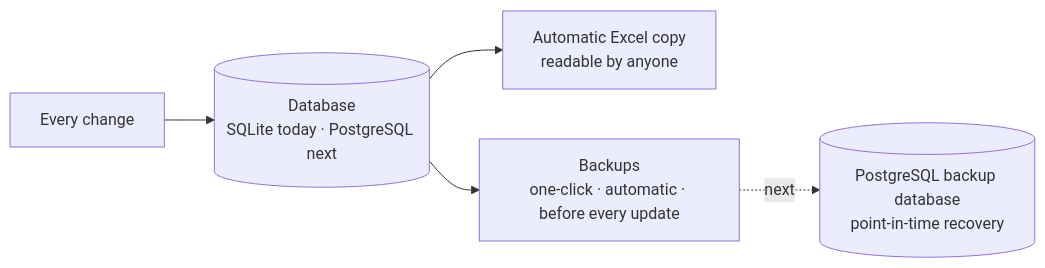
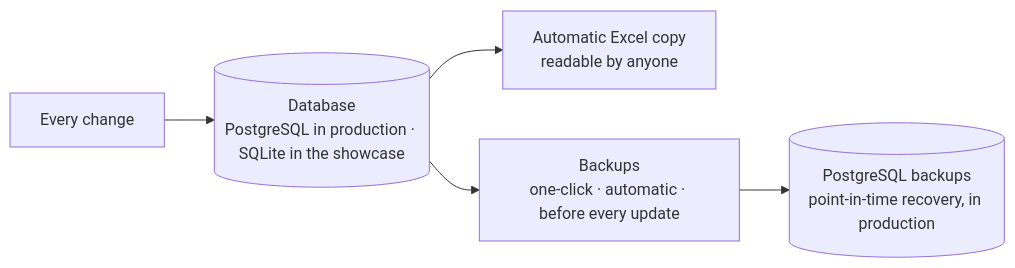
One commit to abhishekvtiwari/manufacturing-costing-engine changed the diagram in docs/TECH-STACK-AND-ROADMAP.md. Above: the diagram before and after it, drawn with Mermaid. The commit also changed other lines of this file, not shown here.

Commit message:
Data-protection diagram: production on PostgreSQL

````diff
--- a/docs/TECH-STACK-AND-ROADMAP.md
+++ b/docs/TECH-STACK-AND-ROADMAP.md
@@ -44,7 +44,7 @@
 ```mermaid
 flowchart LR
-  A[Every change] --> B[(Database<br/>SQLite today · PostgreSQL next)]
+  A[Every change] --> B[(Database<br/>PostgreSQL in production · SQLite in the showcase)]
   B --> C[Automatic Excel copy<br/>readable by anyone]
   B --> D[Backups<br/>one-click · automatic · before every update]
-  D -. next .-> E[(PostgreSQL backup database<br/>point-in-time recovery)]
+  D --> E[(PostgreSQL backups<br/>point-in-time recovery, in production)]
 ```
````
